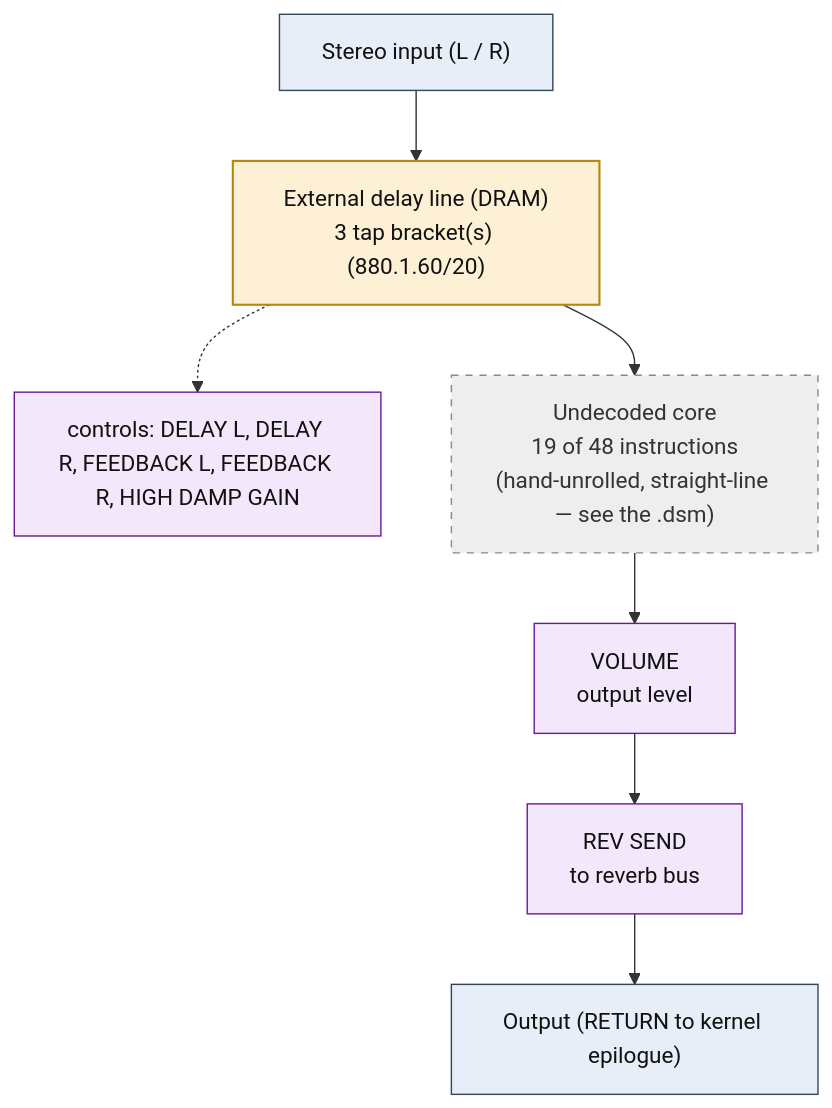
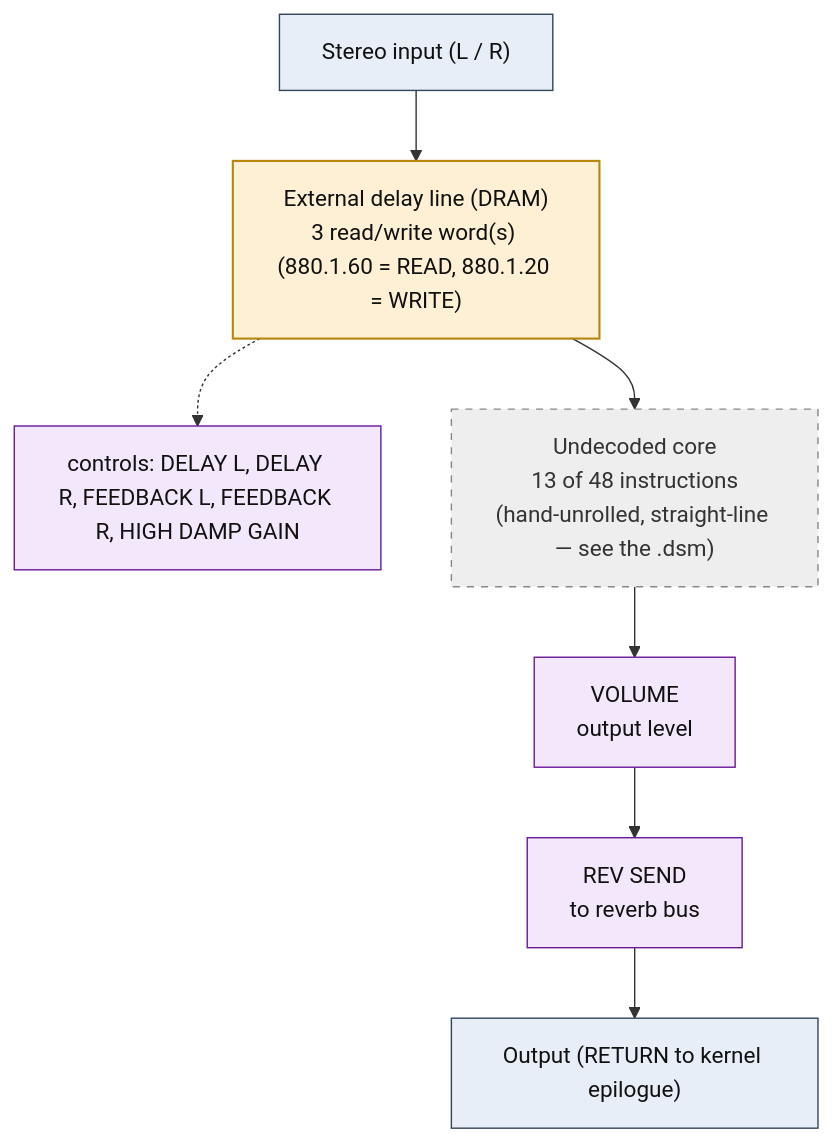
One commit to ArqueologiaDigital/KN5000-docs changed the diagram in flowcharts/prog09_single_delay.md. Above: the diagram before and after it, drawn with Mermaid. The commit also changed other lines of this file and 38 other files, not shown here.

First line of the commit message:
flowcharts: withdraw the envelope-detector reading, decode the DRAM accesses

````diff
--- a/flowcharts/prog09_single_delay.md
+++ b/flowcharts/prog09_single_delay.md
@@ -19,27 +19,27 @@
 ```mermaid
 flowchart TD
     N0["Stereo input (L / R)"]
-    N1["External delay line (DRAM)<br/>3 tap bracket(s) (880.1.60/20)"]
+    N1["External delay line (DRAM)<br/>3 read/write word(s) (880.1.60 = READ, 880.1.20 = WRITE)"]
     N0 --> N1
     N2["controls: DELAY L, DELAY R, FEEDBACK L, FEEDBACK R, HIGH DAMP GAIN"]
     N1 -.-> N2
-    N3["Undecoded core<br/>19 of 48 instructions<br/>(hand-unrolled, straight-line &mdash; see the .dsm)"]
+    N3["Undecoded core<br/>13 of 48 instructions<br/>(hand-unrolled, straight-line &mdash; see the .dsm)"]
     N1 --> N3
     N4["VOLUME<br/>output level"]
     N3 --> N4
     N5["REV SEND<br/>to reverb bus"]
     N4 --> N5
     N6["Output (RETURN to kernel epilogue)"]
     N5 --> N6
 
     classDef io fill:#e8eef7,stroke:#33475b,stroke-width:1px,color:#111;
     classDef proven fill:#d7f0d7,stroke:#2e7d32,stroke-width:2px,color:#111;
     classDef measured fill:#dbe9fb,stroke:#1565c0,stroke-width:1.5px,color:#111;
     classDef inferred fill:#fdf0d5,stroke:#b8860b,stroke-width:1.5px,color:#111;
     classDef open fill:#eeeeee,stroke:#888,stroke-width:1px,color:#333,stroke-dasharray:5 5;
     classDef ctrl fill:#f3e8fb,stroke:#6a1b9a,stroke-width:1px,color:#111;
     class N0,N6 io;
     class N1 inferred;
     class N2,N4,N5 ctrl;
     class N3 open;
 ```
````
